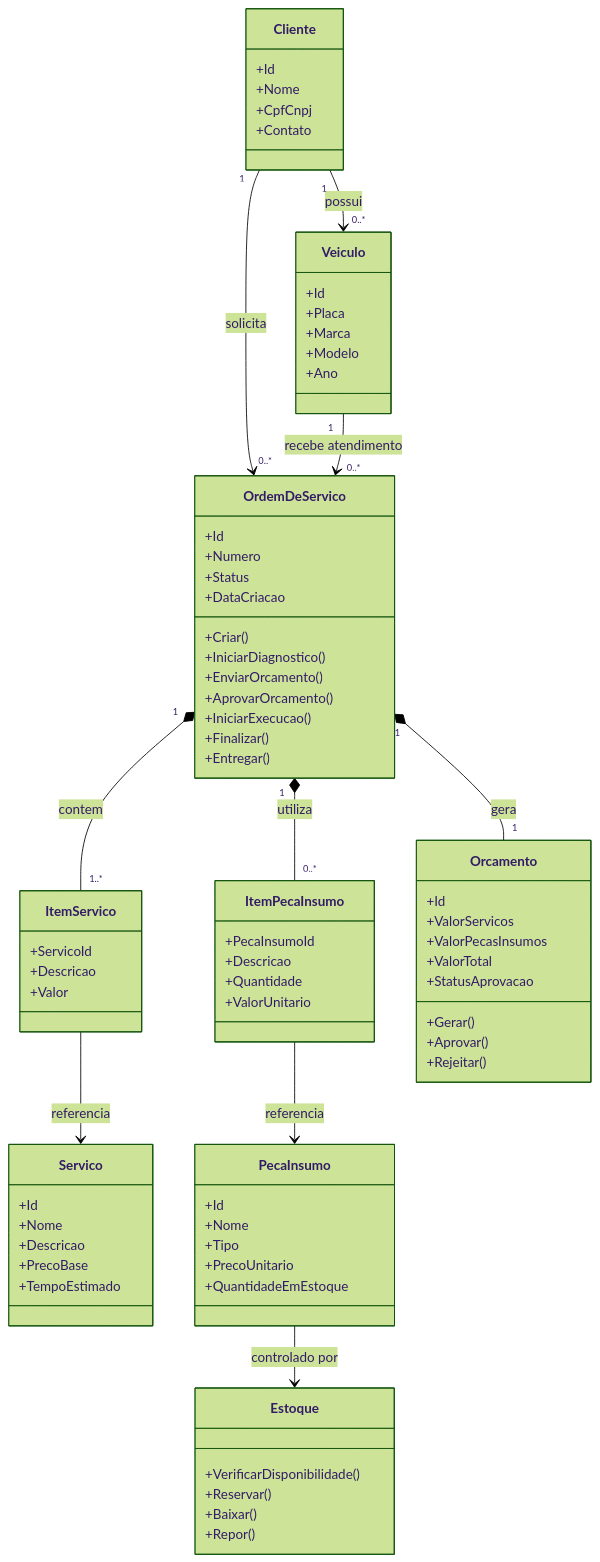
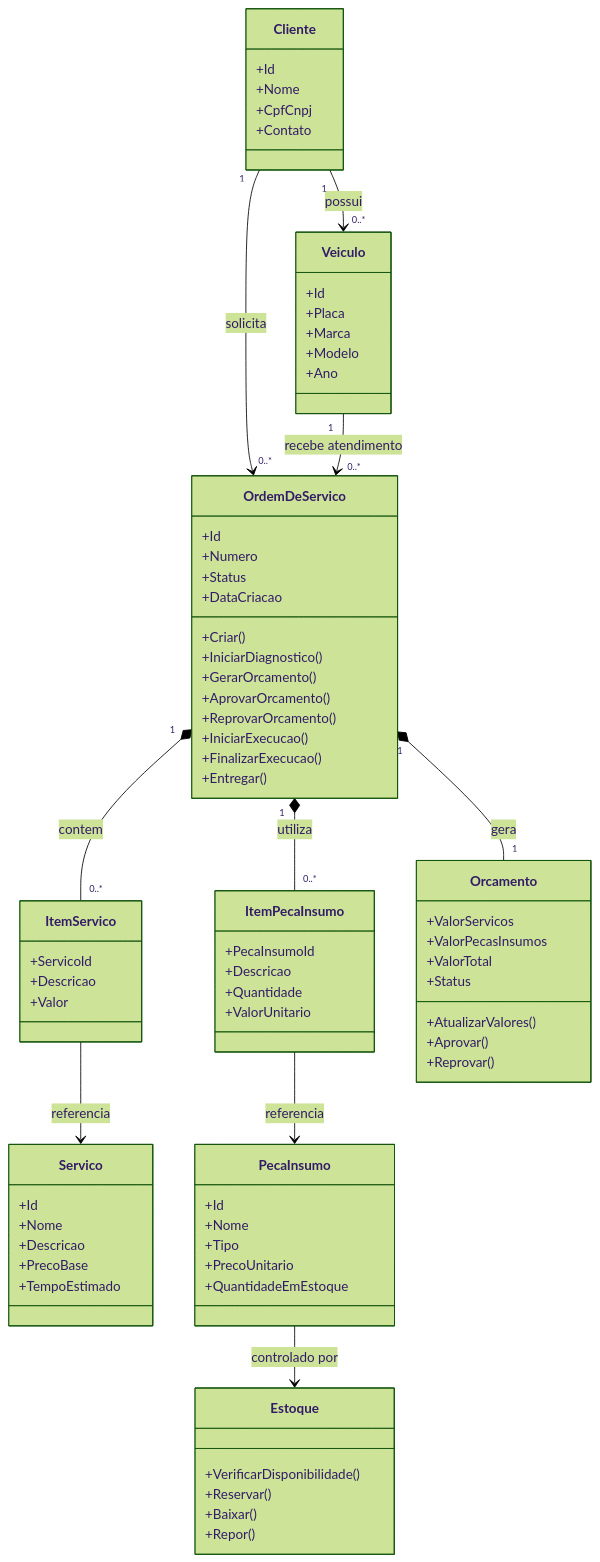
Before and after one commit to rafaaamaral/tech_challenge: the second of 7 diagrams in docs/diagramas-ddd.md, drawn with Mermaid (forest theme). The commit also changed other lines of this file and 1 other file, not shown here.

```diff
--- a/docs/diagramas-ddd.md
+++ b/docs/diagramas-ddd.md
@@ -99,10 +99,11 @@
         +DataCriacao
         +Criar()
         +IniciarDiagnostico()
-        +EnviarOrcamento()
+        +GerarOrcamento()
         +AprovarOrcamento()
+        +ReprovarOrcamento()
         +IniciarExecucao()
-        +Finalizar()
+        +FinalizarExecucao()
         +Entregar()
     }
 
@@ -120,14 +121,13 @@
     }
 
     class Orcamento {
-        +Id
         +ValorServicos
         +ValorPecasInsumos
         +ValorTotal
-        +StatusAprovacao
-        +Gerar()
+        +Status
+        +AtualizarValores()
         +Aprovar()
-        +Rejeitar()
+        +Reprovar()
     }
 
     class Servico {
@@ -156,7 +156,7 @@
     Cliente "1" --> "0..*" Veiculo : possui
     Cliente "1" --> "0..*" OrdemDeServico : solicita
     Veiculo "1" --> "0..*" OrdemDeServico : recebe atendimento
-    OrdemDeServico "1" *-- "1..*" ItemServico : contem
+    OrdemDeServico "1" *-- "0..*" ItemServico : contem
     OrdemDeServico "1" *-- "0..*" ItemPecaInsumo : utiliza
     OrdemDeServico "1" *-- "1" Orcamento : gera
     ItemServico --> Servico : referencia
```
